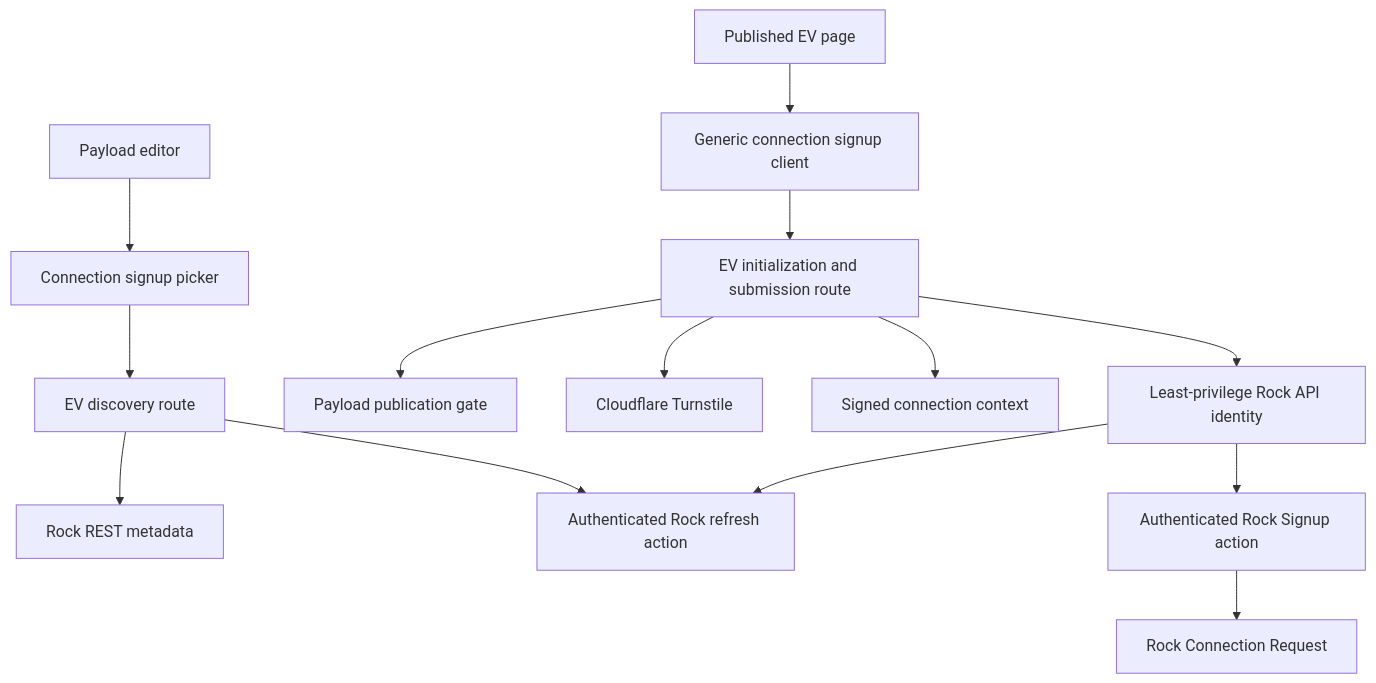
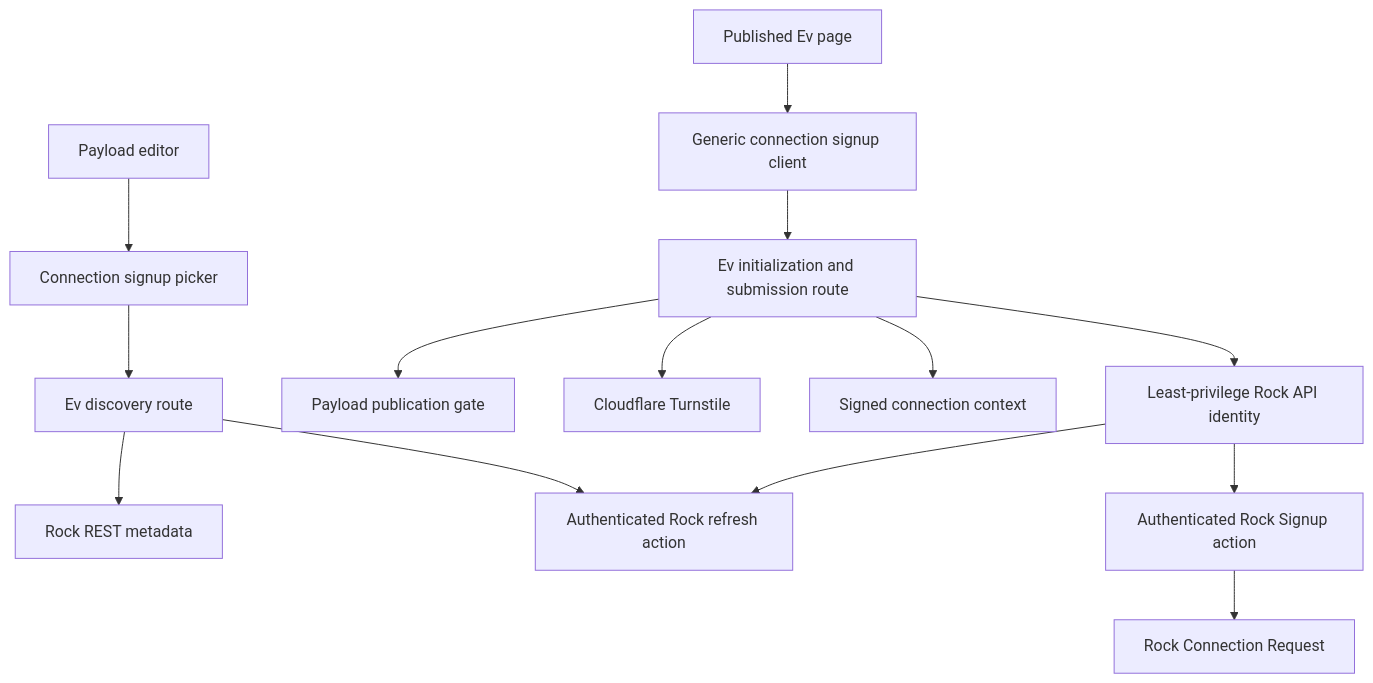
Before and after one commit to EvChurch/website: the first of 4 diagrams in docs/plans/2026-08-04-001-feat-rock-connection-signups-plan.md, drawn with Mermaid. The commit also changed other lines of this file and 25 other files, not shown here.

````diff
--- a/docs/plans/2026-08-04-001-feat-rock-connection-signups-plan.md
+++ b/docs/plans/2026-08-04-001-feat-rock-connection-signups-plan.md
@@ -174,16 +174,16 @@
 ```mermaid
 flowchart TB
   Editor["Payload editor"] --> Picker["Connection signup picker"]
-  Picker --> Discovery["EV discovery route"]
+  Picker --> Discovery["Ev discovery route"]
   Discovery --> RockMetadata["Rock REST metadata"]
   Discovery --> RockRefresh["Authenticated Rock refresh action"]
-  Page["Published EV page"] --> Client["Generic connection signup client"]
-  Client --> EVRoute["EV initialization and submission route"]
+  Page["Published Ev page"] --> Client["Generic connection signup client"]
+  Client --> EVRoute["Ev initialization and submission route"]
   EVRoute --> PublishedGate["Payload publication gate"]
   EVRoute --> Turnstile["Cloudflare Turnstile"]
   EVRoute --> Context["Signed connection context"]
   EVRoute --> RockAPI["Least-privilege Rock API identity"]
   RockAPI --> RockRefresh
   RockAPI --> RockSignup["Authenticated Rock Signup action"]
   RockSignup --> Request["Rock Connection Request"]
 ```
````
